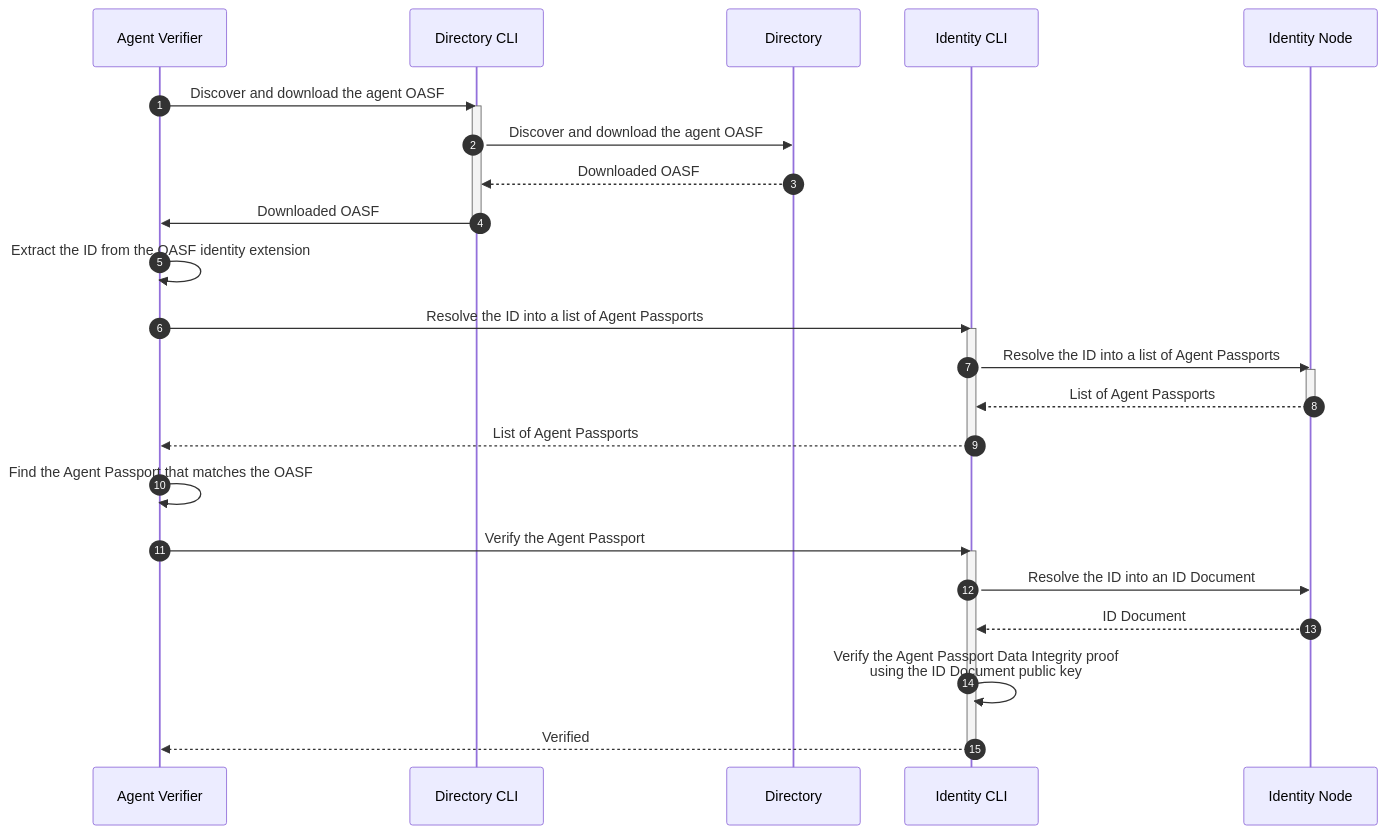
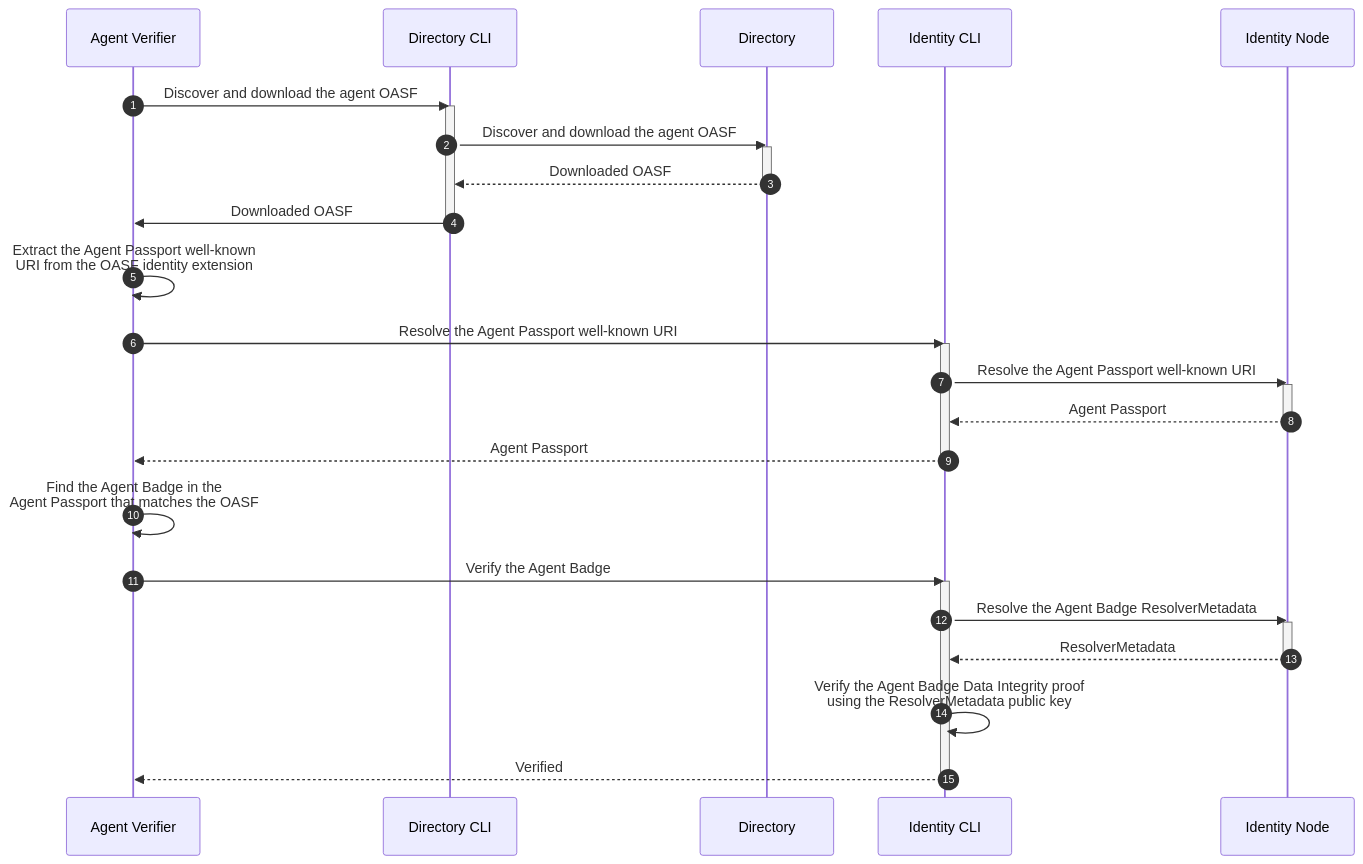
One commit to agntcy/identity-spec changed the third of 4 diagrams in docs-src/docs/specs/flows/agntcy.md. Above: the diagram before and after it, drawn with Mermaid. The commit also changed other lines of this file, not shown here.

Commit message:
feat: verify flows

````diff
--- a/docs-src/docs/specs/flows/agntcy.md
+++ b/docs-src/docs/specs/flows/agntcy.md
@@ -131,34 +131,38 @@
 ```mermaid
 sequenceDiagram
 autonumber
 
 % Discover + download the agent OASF
 Agent Verifier->>Directory CLI: Discover and download the agent OASF
 activate Directory CLI
 Directory CLI->>Directory: Discover and download the agent OASF
+activate Directory
 Directory-->>Directory CLI: Downloaded OASF
+deactivate Directory
 Directory CLI->>Agent Verifier: Downloaded OASF
 deactivate Directory CLI
 
-Agent Verifier->>Agent Verifier: Extract the ID from the OASF identity extension
+Agent Verifier->>Agent Verifier: Extract the Agent Passport well-known<br/>URI from the OASF identity extension
 
 % Resolve the ID into a list of Agent Passports
-Agent Verifier->>Identity CLI: Resolve the ID into a list of Agent Passports
+Agent Verifier->>Identity CLI: Resolve the Agent Passport well-known URI
 activate Identity CLI
-Identity CLI->>Identity Node: Resolve the ID into a list of Agent Passports
+Identity CLI->>Identity Node: Resolve the Agent Passport well-known URI
 activate Identity Node
-Identity Node-->>Identity CLI: List of Agent Passports
+Identity Node-->>Identity CLI: Agent Passport
 deactivate Identity Node
-Identity CLI-->>Agent Verifier: List of Agent Passports
+Identity CLI-->>Agent Verifier: Agent Passport
 deactivate Identity CLI
 
-% Find and verify the Agent Passport
-Agent Verifier->>Agent Verifier: Find the Agent Passport that matches the OASF
-Agent Verifier->>Identity CLI: Verify the Agent Passport
+% Find and verify the Agent Badge
+Agent Verifier->>Agent Verifier: Find the Agent Badge in the<br/>Agent Passport that matches the OASF
+Agent Verifier->>Identity CLI: Verify the Agent Badge
 activate Identity CLI
-Identity CLI->>Identity Node: Resolve the ID into an ID Document
-Identity Node-->>Identity CLI: ID Document
-Identity CLI->>Identity CLI: Verify the Agent Passport Data Integrity proof<br/>using the ID Document public key
+Identity CLI->>Identity Node: Resolve the Agent Badge ResolverMetadata
+activate Identity Node
+Identity Node-->>Identity CLI: ResolverMetadata
+deactivate Identity Node
+Identity CLI->>Identity CLI: Verify the Agent Badge Data Integrity proof<br/>using the ResolverMetadata public key
 Identity CLI-->>Agent Verifier: Verified
 deactivate Identity CLI
 ```
````
